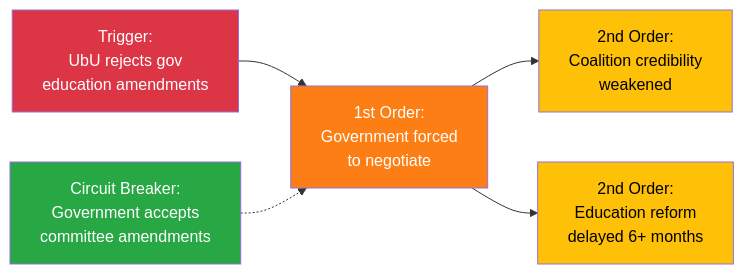
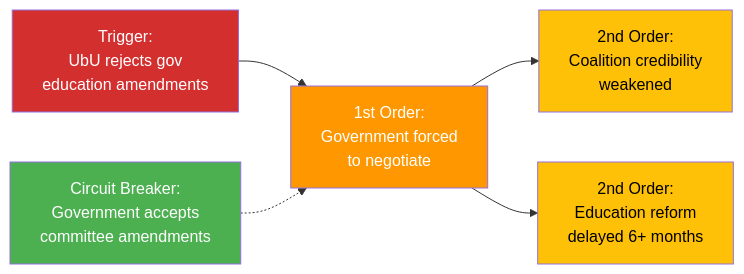
Before and after one commit to Hack23/riksdagsmonitor: the second of 2 diagrams in analysis/daily/2026-04-03/motions/risk-assessment.md, drawn with Mermaid. The commit also changed 785 other files, not shown here.

First line of the commit message:
Normalize mermaid colors across 786 analysis artifacts to ISMS Style Guide palette

````diff
--- a/analysis/daily/2026-04-03/motions/risk-assessment.md
+++ b/analysis/daily/2026-04-03/motions/risk-assessment.md
@@ -61,12 +61,12 @@
 ```mermaid
 flowchart LR
     A["Trigger:<br/>UbU rejects gov<br/>education amendments"] --> B["1st Order:<br/>Government forced<br/>to negotiate"]
     B --> C["2nd Order:<br/>Coalition credibility<br/>weakened"]
     B --> D["2nd Order:<br/>Education reform<br/>delayed 6+ months"]
     E["Circuit Breaker:<br/>Government accepts<br/>committee amendments"] -.-> B
-    style A fill:#dc3545,color:#fff
-    style B fill:#fd7e14,color:#fff
-    style C fill:#ffc107,color:#000
-    style D fill:#ffc107,color:#000
-    style E fill:#28a745,color:#fff
+    style A fill:#D32F2F,color:#FFFFFF
+    style B fill:#FF9800,color:#FFFFFF
+    style C fill:#FFC107,color:#000000
+    style D fill:#FFC107,color:#000000
+    style E fill:#4CAF50,color:#FFFFFF
 ```
````
